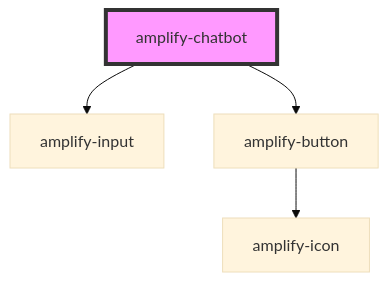
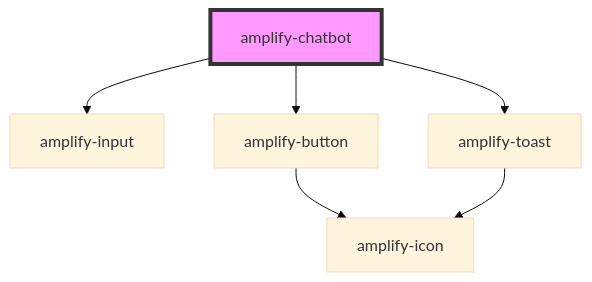
The diagram in packages/amplify-ui-components/src/components/amplify-chatbot/readme.md (aws-amplify/amplify-js), drawn with Mermaid (base theme) before and after one commit. The commit also changed other lines of this file and 2 other files, not shown here.

````diff
--- a/packages/amplify-ui-components/src/components/amplify-chatbot/readme.md
+++ b/packages/amplify-ui-components/src/components/amplify-chatbot/readme.md
@@ -36,7 +37,9 @@
 ```mermaid
 graph TD;
   amplify-chatbot --> amplify-input
   amplify-chatbot --> amplify-button
+  amplify-chatbot --> amplify-toast
   amplify-button --> amplify-icon
+  amplify-toast --> amplify-icon
   style amplify-chatbot fill:#f9f,stroke:#333,stroke-width:4px
 ```
````
